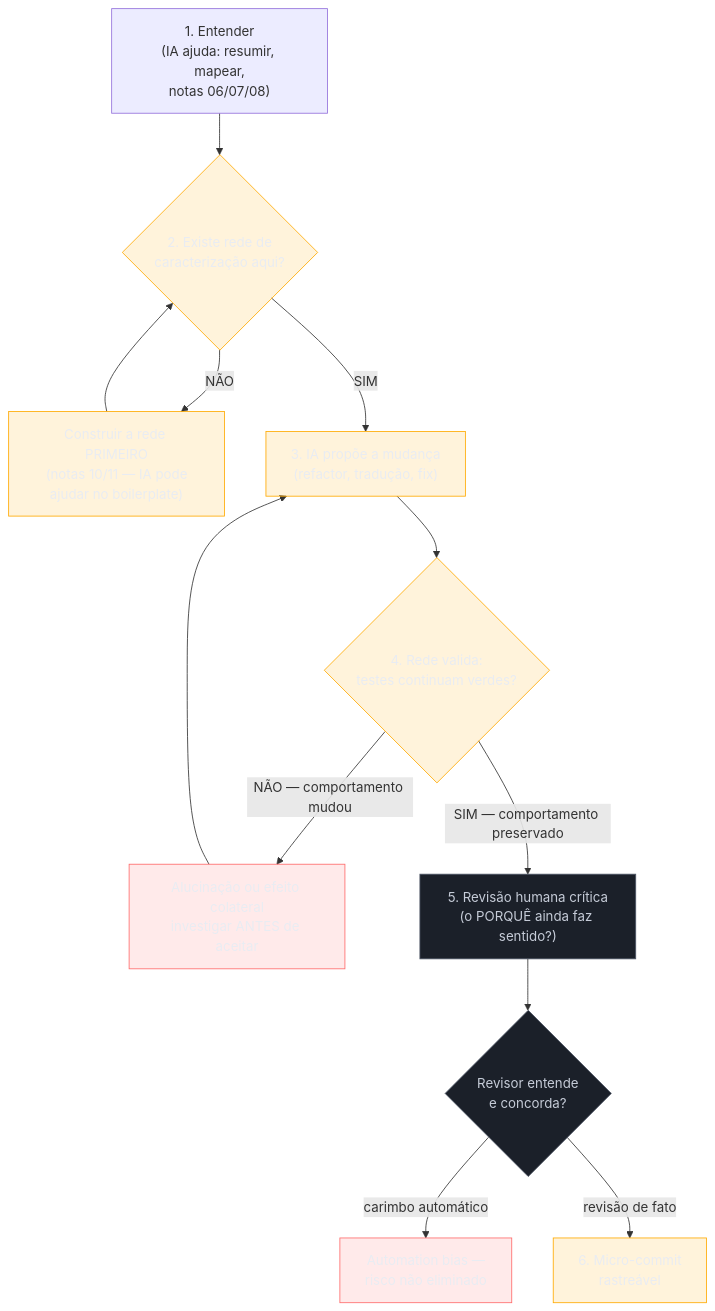
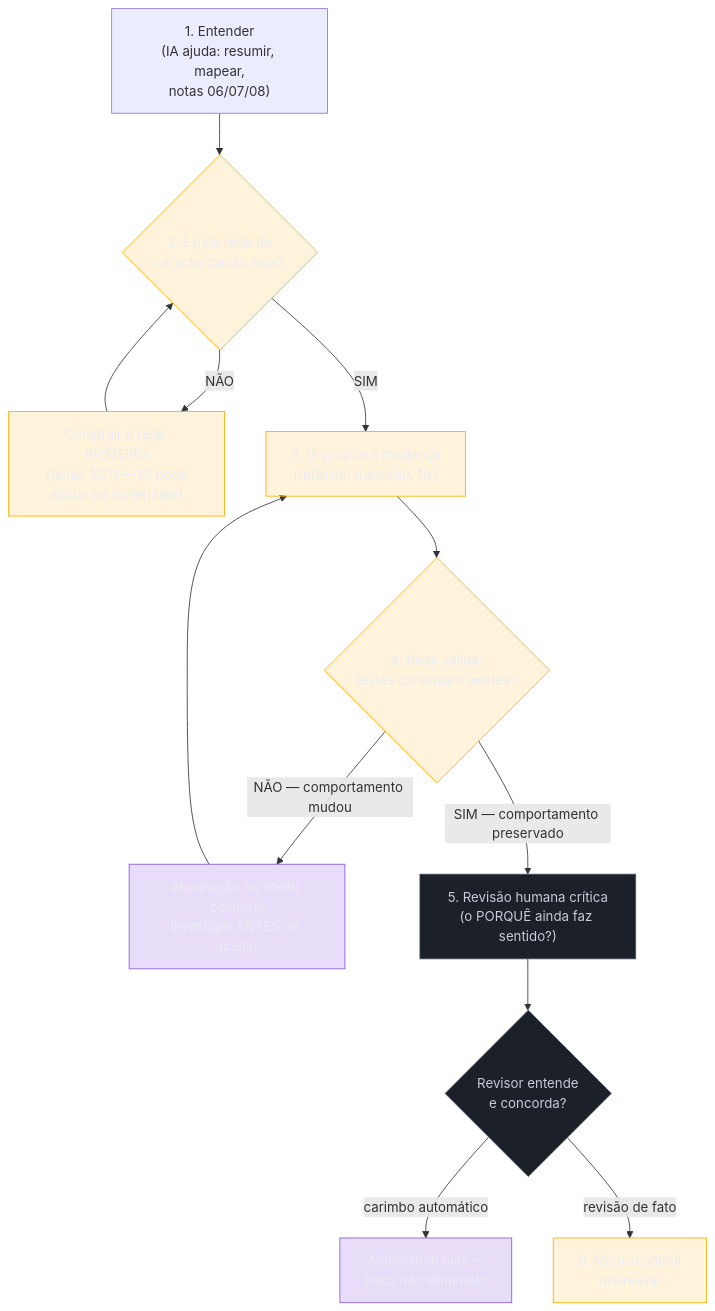
One commit to josenaldo/codex-technomanticus changed the diagram in 03-Dominios/Engenharia/Arqueologia e Restauração de Software/16 - IA como acelerador e seus riscos.md. Above: the diagram before and after it, drawn with Mermaid. The commit also changed 601 other files, not shown here.

````diff
--- a/03-Dominios/Engenharia/Arqueologia e Restauração de Software/16 - IA como acelerador e seus riscos.md
+++ b/03-Dominios/Engenharia/Arqueologia e Restauração de Software/16 - IA como acelerador e seus riscos.md
@@ -45,26 +45,26 @@
 ```mermaid
 flowchart TD
+    classDef marca fill:#8855DF33,stroke:#8855DF,color:#E9ECF2
     classDef destaque fill:#FFAA0024,stroke:#FFAA00,color:#E9ECF2
-    classDef falha fill:#FF6B6B24,stroke:#FF6B6B,color:#E9ECF2
     classDef neutro fill:#1B2029,stroke:#4E5666,color:#C6CCD8
     A["1. Entender<br/>(IA ajuda: resumir, mapear,<br/>notas 06/07/08)"] --> B{"2. Existe rede de<br/>caracterização aqui?"}
     B -->|"NÃO"| C["Construir a rede PRIMEIRO<br/>(notas 10/11 — IA pode<br/>ajudar no boilerplate)"]
     C --> B
     B -->|"SIM"| D["3. IA propõe a mudança<br/>(refactor, tradução, fix)"]
     D --> E{"4. Rede valida:<br/>testes continuam verdes?"}
     E -->|"NÃO — comportamento mudou"| F["Alucinação ou efeito colateral<br/>investigar ANTES de aceitar"]
     F --> D
     E -->|"SIM — comportamento preservado"| G["5. Revisão humana crítica<br/>(o PORQUÊ ainda faz sentido?)"]
     G --> H{"Revisor entende<br/>e concorda?"}
     H -->|"carimbo automático"| I["Automation bias —<br/>risco não eliminado"]
     H -->|"revisão de fato"| J["6. Micro-commit<br/>rastreável"]
     class B destaque
     class C destaque
     class D destaque
     class E destaque
-    class F falha
-    class I falha
+    class F marca
+    class I marca
     class G neutro
     class H neutro
     class J destaque
 ```
````
